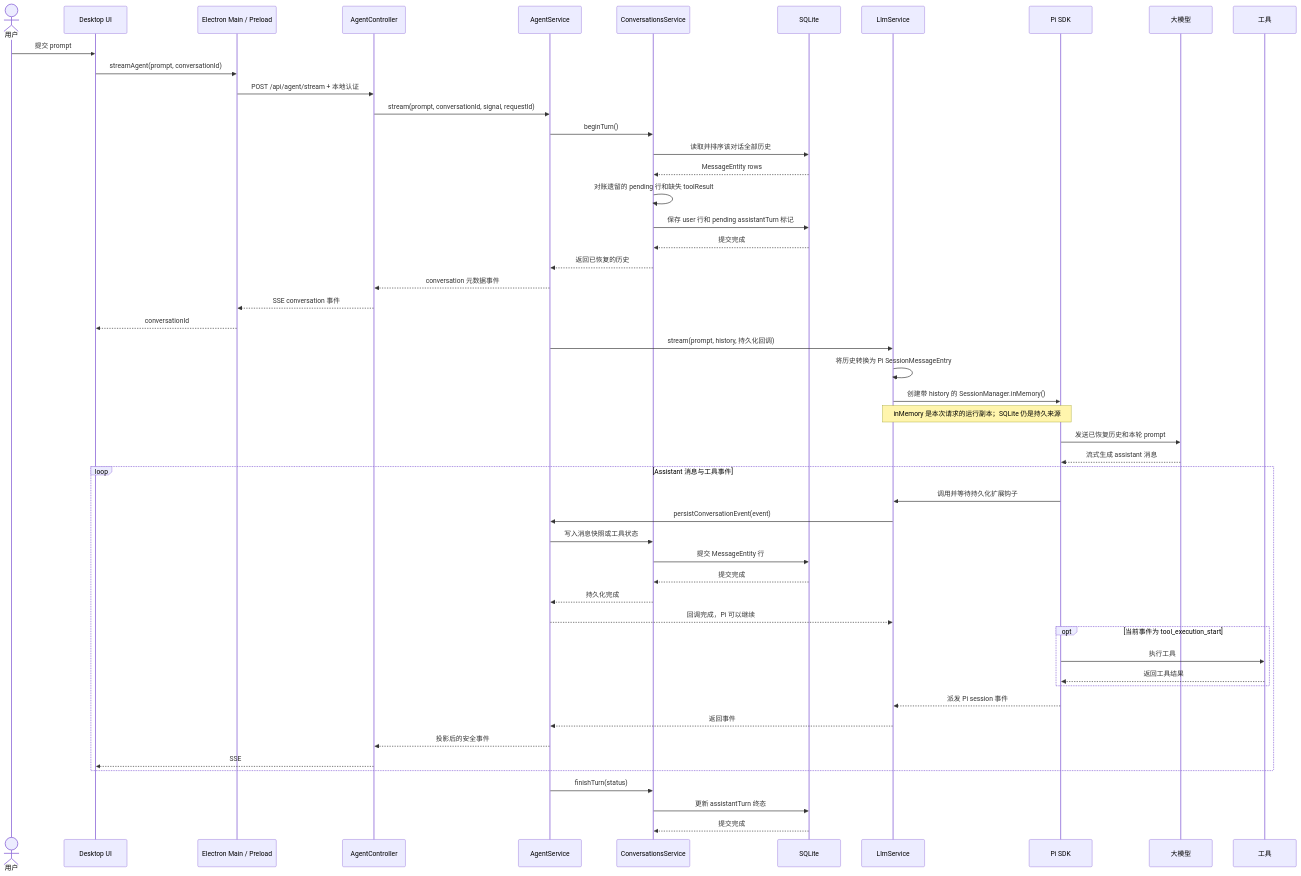
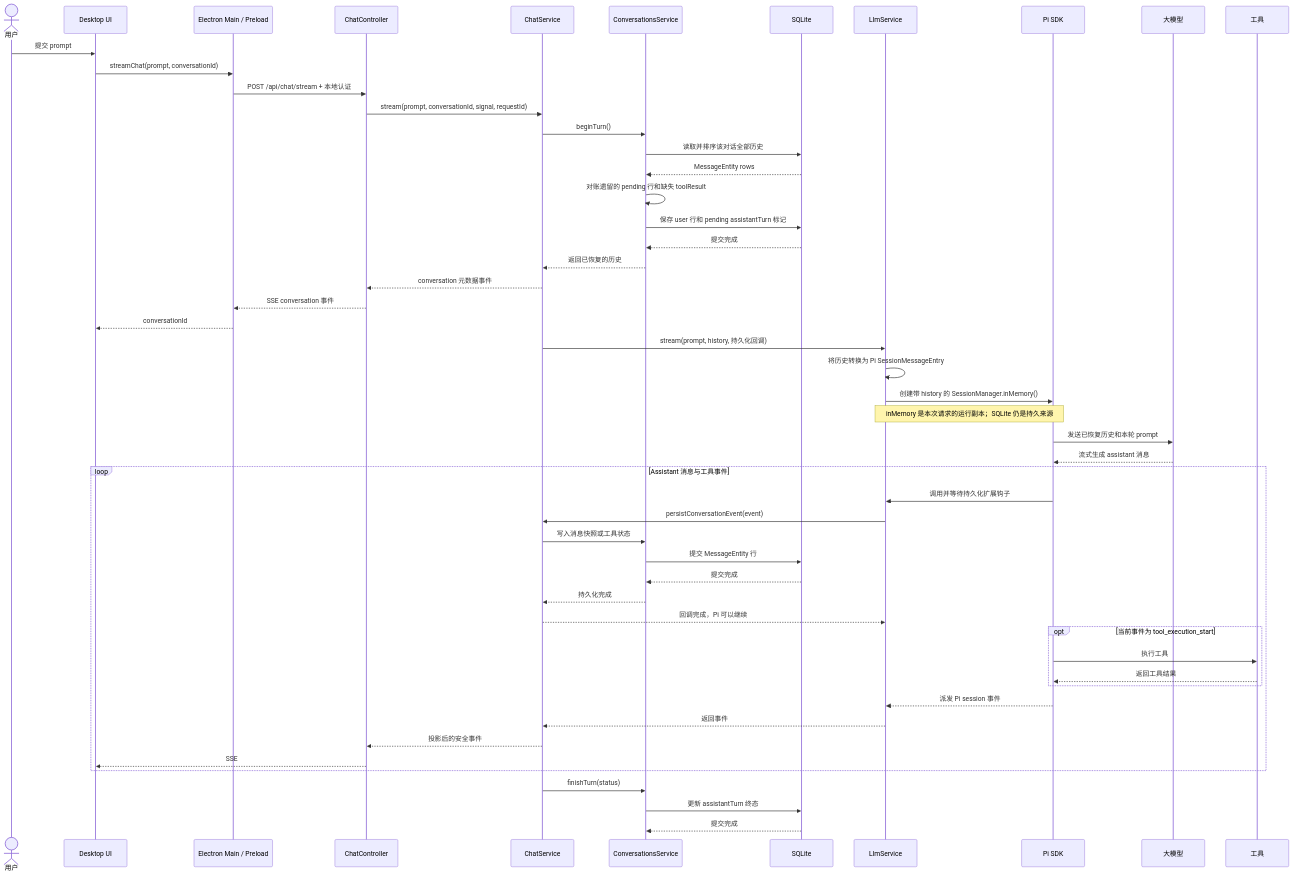
The diagram in docs/current/platform/agent-runtime.md (yuchentime/tech-forge), drawn with Mermaid before and after one commit. The commit also changed other lines of this file and 43 other files, not shown here.

Commit message:
feat: rename agent API to chat and restore tool history

````diff
--- a/docs/current/platform/agent-runtime.md
+++ b/docs/current/platform/agent-runtime.md
@@ -52,58 +52,58 @@
 ```mermaid
 sequenceDiagram
     actor User as 用户
     participant UI as Desktop UI
     participant Main as Electron Main / Preload
-    participant HTTP as AgentController
-    participant Agent as AgentService
+    participant HTTP as ChatController
+    participant Chat as ChatService
     participant Conv as ConversationsService
     participant DB as SQLite
     participant LLM as LlmService
     participant Pi as Pi SDK
     participant Model as 大模型
     participant Tool as 工具
 
     User->>UI: 提交 prompt
-    UI->>Main: streamAgent(prompt, conversationId)
-    Main->>HTTP: POST /api/agent/stream + 本地认证
-    HTTP->>Agent: stream(prompt, conversationId, signal, requestId)
-    Agent->>Conv: beginTurn()
+    UI->>Main: streamChat(prompt, conversationId)
+    Main->>HTTP: POST /api/chat/stream + 本地认证
+    HTTP->>Chat: stream(prompt, conversationId, signal, requestId)
+    Chat->>Conv: beginTurn()
     Conv->>DB: 读取并排序该对话全部历史
     DB-->>Conv: MessageEntity rows
     Conv->>Conv: 对账遗留的 pending 行和缺失 toolResult
     Conv->>DB: 保存 user 行和 pending assistantTurn 标记
     DB-->>Conv: 提交完成
-    Conv-->>Agent: 返回已恢复的历史
-    Agent-->>HTTP: conversation 元数据事件
+    Conv-->>Chat: 返回已恢复的历史
+    Chat-->>HTTP: conversation 元数据事件
     HTTP-->>Main: SSE conversation 事件
     Main-->>UI: conversationId
 
-    Agent->>LLM: stream(prompt, history, 持久化回调)
+    Chat->>LLM: stream(prompt, history, 持久化回调)
     LLM->>LLM: 将历史转换为 Pi SessionMessageEntry
     LLM->>Pi: 创建带 history 的 SessionManager.inMemory()
     Note over LLM,Pi: inMemory 是本次请求的运行副本；SQLite 仍是持久来源
     Pi->>Model: 发送已恢复历史和本轮 prompt
     Model-->>Pi: 流式生成 assistant 消息
 
     loop Assistant 消息与工具事件
         Pi->>LLM: 调用并等待持久化扩展钩子
-        LLM->>Agent: persistConversationEvent(event)
-        Agent->>Conv: 写入消息快照或工具状态
+        LLM->>Chat: persistConversationEvent(event)
+        Chat->>Conv: 写入消息快照或工具状态
         Conv->>DB: 提交 MessageEntity 行
         DB-->>Conv: 提交完成
-        Conv-->>Agent: 持久化完成
-        Agent-->>LLM: 回调完成，Pi 可以继续
+        Conv-->>Chat: 持久化完成
+        Chat-->>LLM: 回调完成，Pi 可以继续
         opt 当前事件为 tool_execution_start
             Pi->>Tool: 执行工具
             Tool-->>Pi: 返回工具结果
         end
         Pi-->>LLM: 派发 Pi session 事件
-        LLM-->>Agent: 返回事件
-        Agent-->>HTTP: 投影后的安全事件
+        LLM-->>Chat: 返回事件
+        Chat-->>HTTP: 投影后的安全事件
         HTTP-->>UI: SSE
     end
 
-    Agent->>Conv: finishTurn(status)
+    Chat->>Conv: finishTurn(status)
     Conv->>DB: 更新 assistantTurn 终态
     DB-->>Conv: 提交完成
 ```
````
